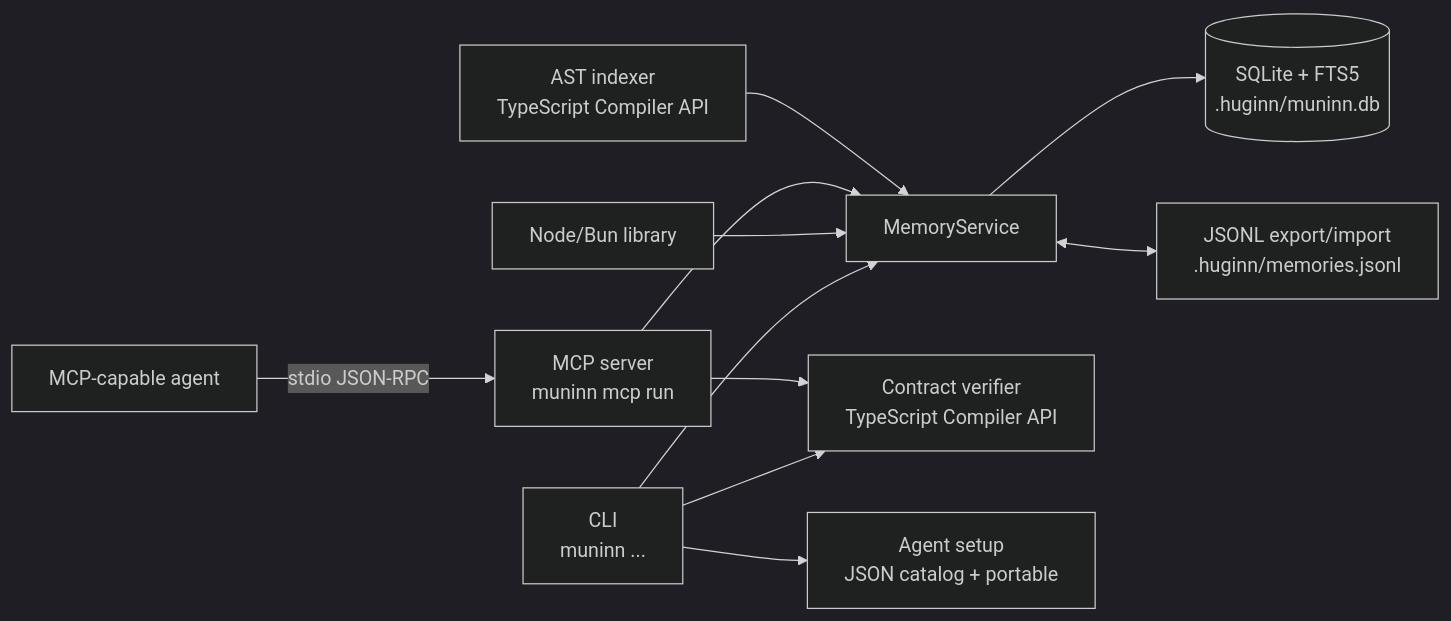
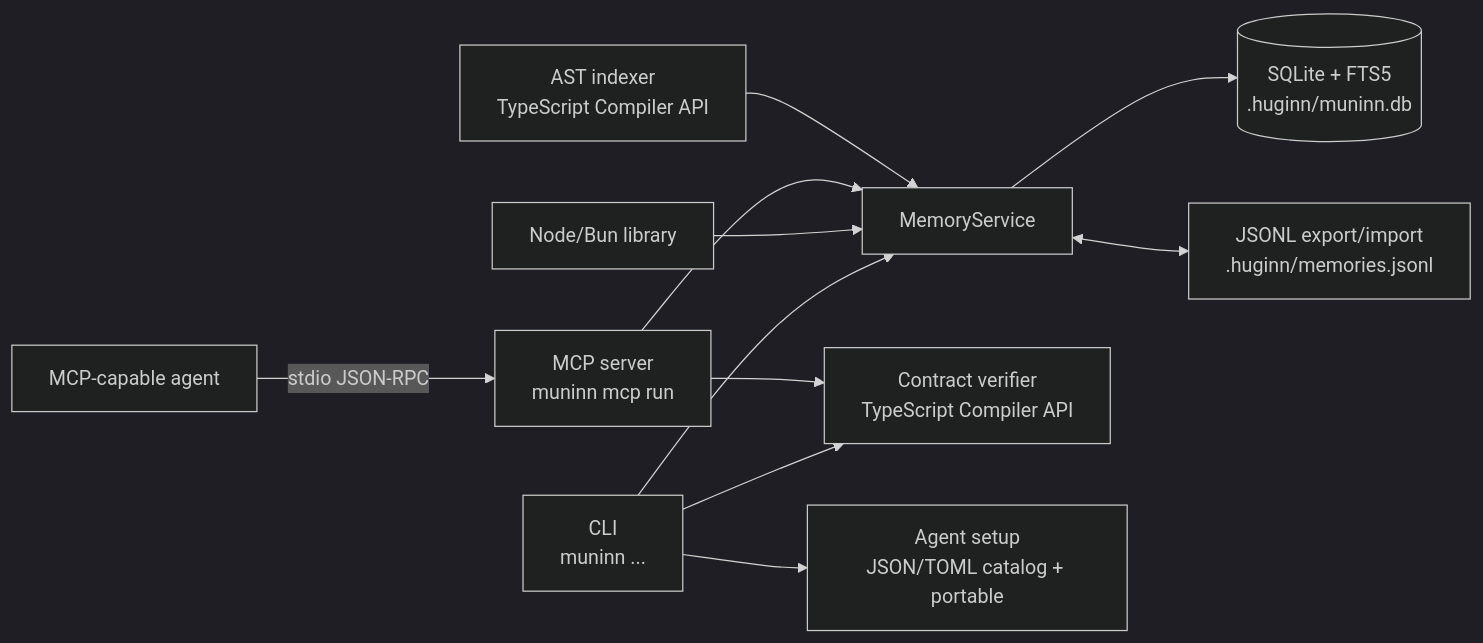
One commit to dahch/muninn changed the diagram in README.md. Above: the diagram before and after it, drawn with Mermaid (dark theme). The commit also changed other lines of this file and 12 other files, not shown here.

````diff
--- a/README.md
+++ b/README.md
@@ -184,13 +189,13 @@
 ```mermaid
 flowchart LR
     Agent["MCP-capable agent"] -->|stdio JSON-RPC| MCP["MCP server\nmuninn mcp run"]
     CLI["CLI\nmuninn ..."] --> Service["MemoryService"]
     Library["Node/Bun library"] --> Service
     MCP --> Service
     Service --> DB[("SQLite + FTS5\n.huginn/muninn.db")]
     Service <--> JSONL["JSONL export/import\n.huginn/memories.jsonl"]
     Indexer["AST indexer\nTypeScript Compiler API"] --> Service
     CLI --> Verifier["Contract verifier\nTypeScript Compiler API"]
     MCP --> Verifier
-    CLI --> Setup["Agent setup\nJSON catalog + portable"]
+    CLI --> Setup["Agent setup\nJSON/TOML catalog + portable"]
 ```
````
